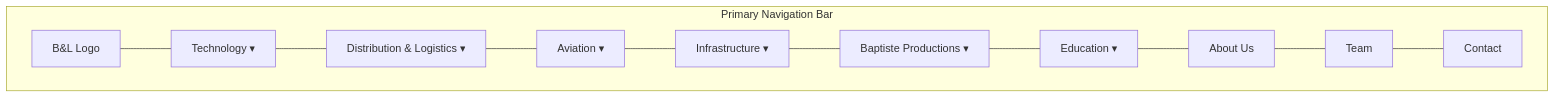
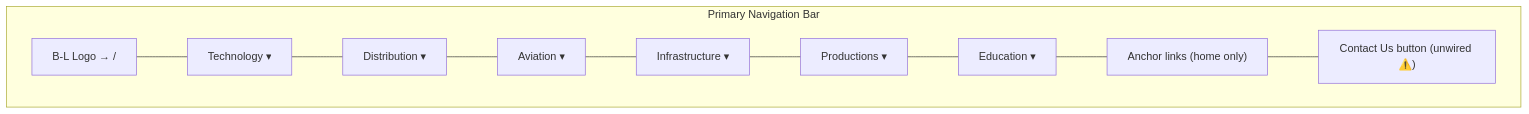
One commit to sudomadhatter/B-L-WorldWide changed the second of 4 diagrams in docs/guides/bl_worldwide_website_architecture.md. Above: the diagram before and after it, drawn with Mermaid. The commit also changed other lines of this file, not shown here.

Commit message:
docs: create architecture documentation for B&L Worldwide website build state

````diff
--- a/docs/guides/bl_worldwide_website_architecture.md
+++ b/docs/guides/bl_worldwide_website_architecture.md
@@ -93,15 +127,14 @@
 ```mermaid
-graph LR
-    subgraph "Primary Navigation Bar"
+flowchart LR
+    subgraph NavBar ["Primary Navigation Bar"]
         direction LR
-        LOGO["B&L Logo"] --- NAV1["Technology ▾"]
-        NAV1 --- NAV2["Distribution & Logistics ▾"]
+        LOGO["B-L Logo → /"] --- NAV1["Technology ▾"]
+        NAV1 --- NAV2["Distribution ▾"]
         NAV2 --- NAV3["Aviation ▾"]
         NAV3 --- NAV4["Infrastructure ▾"]
-        NAV4 --- NAV5["Baptiste Productions ▾"]
+        NAV4 --- NAV5["Productions ▾"]
         NAV5 --- NAV6["Education ▾"]
-        NAV6 --- NAV7["About Us"]
-        NAV7 --- NAV8["Team"]
-        NAV8 --- NAV9["Contact"]
+        NAV6 --- NAV7["Anchor links (home only)"]
+        NAV7 --- NAV8["Contact Us button (unwired ⚠️)"]
     end
 ```
````
